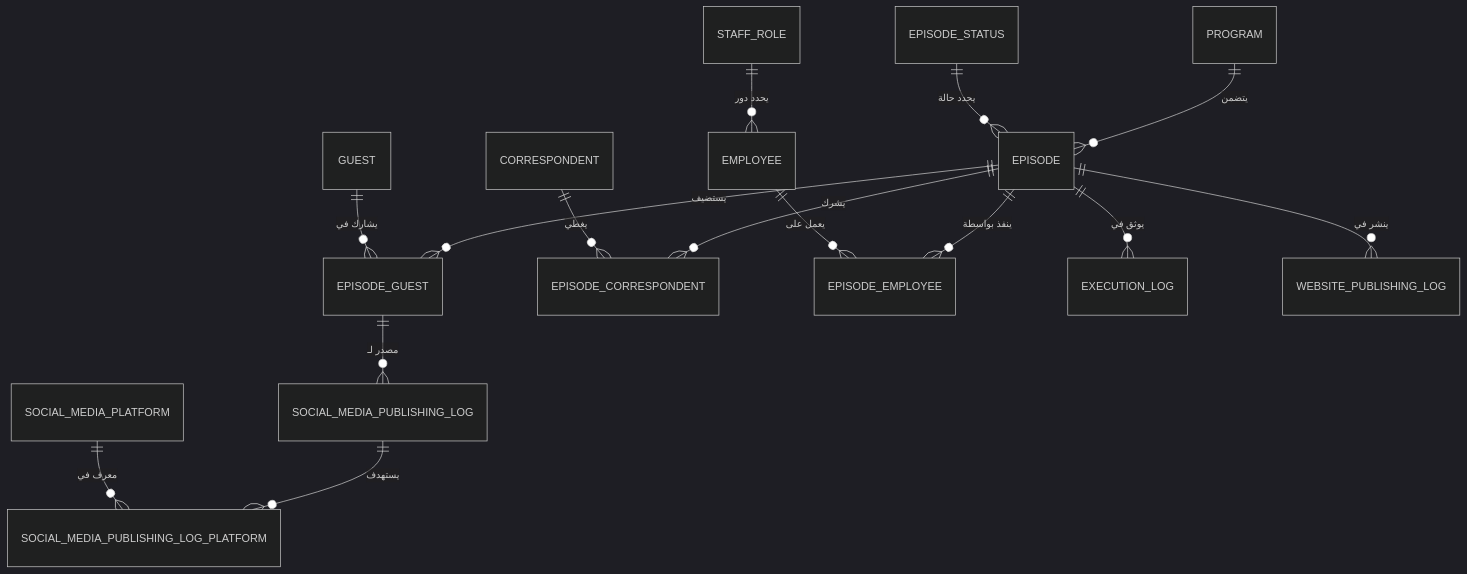
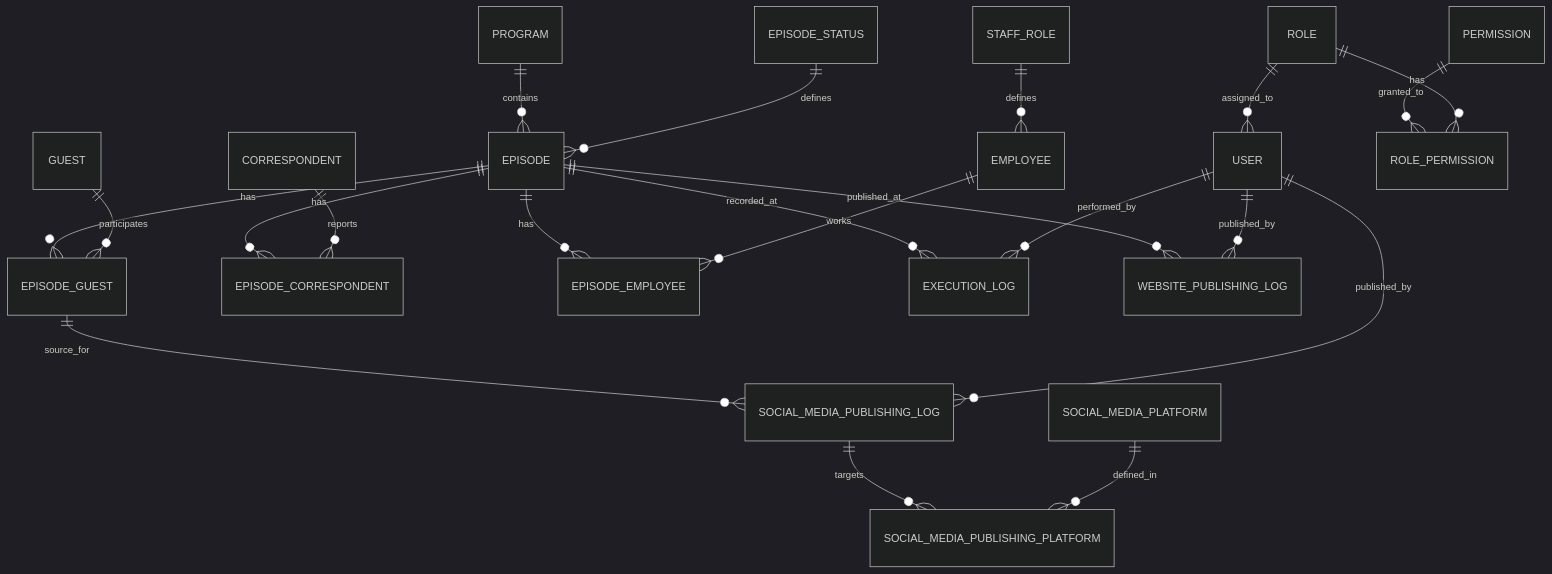
Before and after one commit to dabasgaza/Radio: the diagram in README.md, drawn with Mermaid (dark theme). The commit also changed other lines of this file and 24 other files, not shown here.

````diff
--- a/README.md
+++ b/README.md
@@ -89,20 +34,27 @@
 ```mermaid
 erDiagram
-    PROGRAM ||--o{ EPISODE : "يتضمن"
-    EPISODE ||--o{ EPISODE_GUEST : "يستضيف"
-    EPISODE ||--o{ EPISODE_CORRESPONDENT : "يشرك"
-    EPISODE ||--o{ EPISODE_EMPLOYEE : "ينفذ بواسطة"
-    EPISODE ||--o{ EXECUTION_LOG : "يوثق في"
-    EPISODE ||--o{ WEBSITE_PUBLISHING_LOG : "ينشر في"
+    PROGRAM ||--o{ EPISODE : "contains"
+    EPISODE ||--o{ EPISODE_GUEST : "has"
+    EPISODE ||--o{ EPISODE_CORRESPONDENT : "has"
+    EPISODE ||--o{ EPISODE_EMPLOYEE : "has"
+    EPISODE ||--o{ EXECUTION_LOG : "recorded_at"
+    EPISODE ||--o{ WEBSITE_PUBLISHING_LOG : "published_at"
     
-    EPISODE_STATUS ||--o{ EPISODE : "يحدد حالة"
+    EPISODE_STATUS ||--o{ EPISODE : "defines"
     
-    GUEST ||--o{ EPISODE_GUEST : "يشارك في"
-    CORRESPONDENT ||--o{ EPISODE_CORRESPONDENT : "يغطي"
-    EMPLOYEE ||--o{ EPISODE_EMPLOYEE : "يعمل على"
-    STAFF_ROLE ||--o{ EMPLOYEE : "يحدد دور"
+    GUEST ||--o{ EPISODE_GUEST : "participates"
+    CORRESPONDENT ||--o{ EPISODE_CORRESPONDENT : "reports"
+    EMPLOYEE ||--o{ EPISODE_EMPLOYEE : "works"
+    STAFF_ROLE ||--o{ EMPLOYEE : "defines"
     
-    EPISODE_GUEST ||--o{ SOCIAL_MEDIA_PUBLISHING_LOG : "مصدر لـ"
-    SOCIAL_MEDIA_PUBLISHING_LOG ||--o{ SOCIAL_MEDIA_PUBLISHING_LOG_PLATFORM : "يستهدف"
-    SOCIAL_MEDIA_PLATFORM ||--o{ SOCIAL_MEDIA_PUBLISHING_LOG_PLATFORM : "معرف في"
+    EPISODE_GUEST ||--o{ SOCIAL_MEDIA_PUBLISHING_LOG : "source_for"
+    SOCIAL_MEDIA_PUBLISHING_LOG ||--o{ SOCIAL_MEDIA_PUBLISHING_PLATFORM : "targets"
+    SOCIAL_MEDIA_PLATFORM ||--o{ SOCIAL_MEDIA_PUBLISHING_PLATFORM : "defined_in"
+    
+    USER ||--o{ EXECUTION_LOG : "performed_by"
+    USER ||--o{ SOCIAL_MEDIA_PUBLISHING_LOG : "published_by"
+    USER ||--o{ WEBSITE_PUBLISHING_LOG : "published_by"
+    ROLE ||--o{ USER : "assigned_to"
+    PERMISSION ||--o{ ROLE_PERMISSION : "granted_to"
+    ROLE ||--o{ ROLE_PERMISSION : "has"
 ```
````
